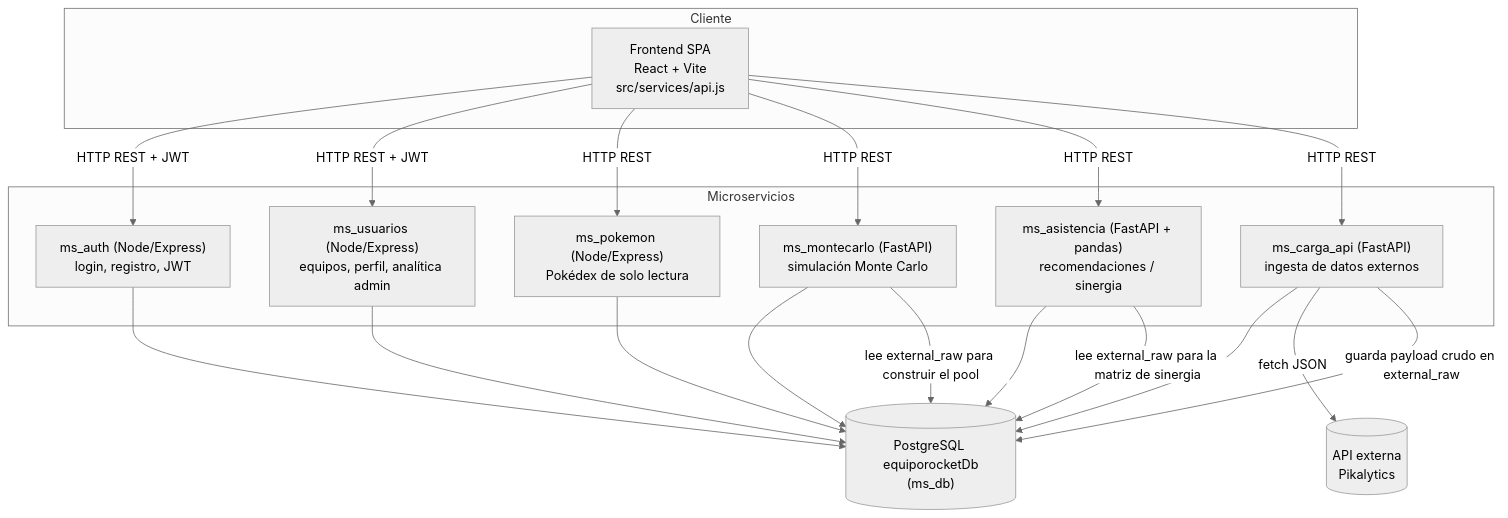
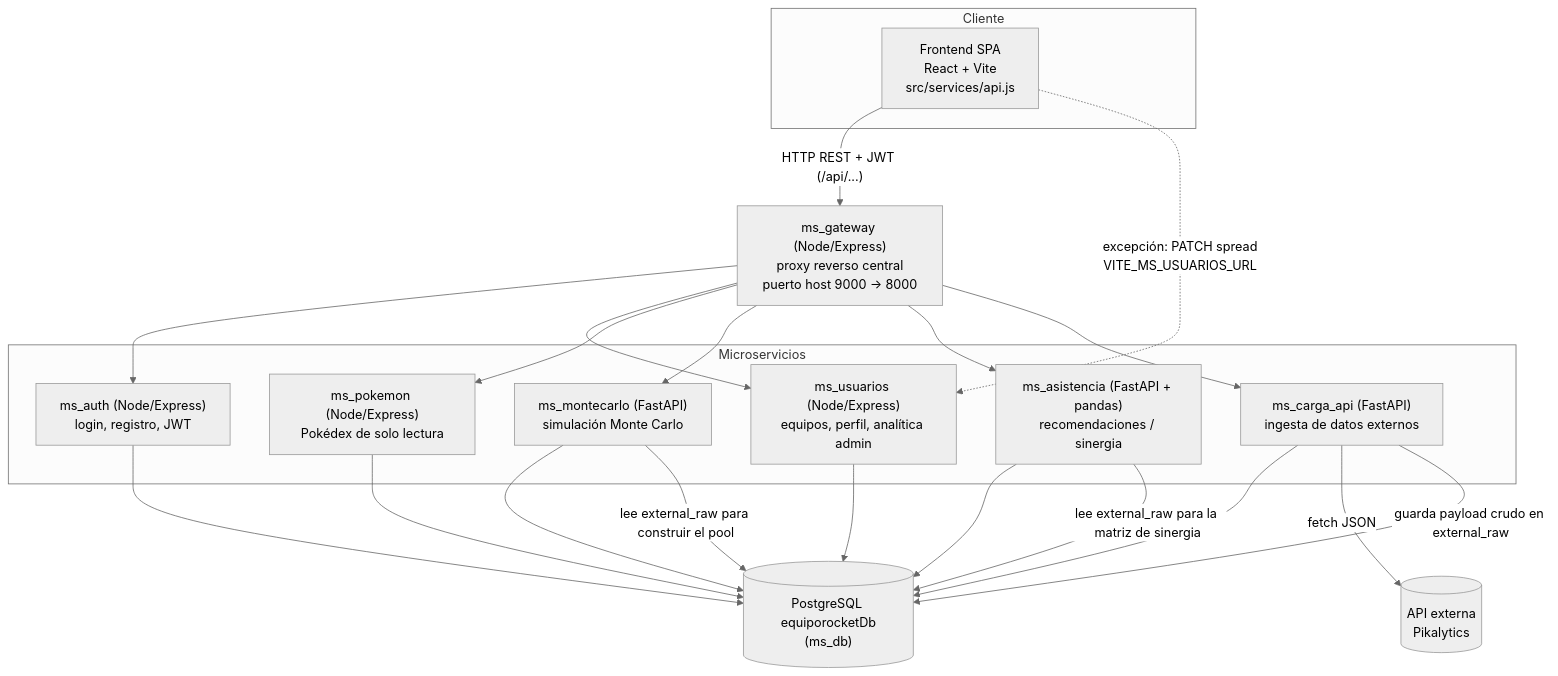
Before and after one commit to BenjaMorenoo/EquipoRocket.pk: the diagram in docs/ARQUITECTURA.md, drawn with Mermaid (neutral theme). The commit also changed other lines of this file and 1 other file, not shown here.

Commit message:
Corrige README y ARQUITECTURA.md para reflejar el flujo real via API Gateway
El frontend (src/services/api.js) enruta casi todas las llamadas a traves
de ms_gateway, no directamente a cada microservicio como decia la
documentacion anterior. Se actualizan el diagrama, los flujos principales
y la guia de ejecucion con Docker para incluir el paso de ms_gateway y la
configuracion correcta de VITE_API_URL en el frontend, dejando una
secuencia de arranque completa y verificada de extremo a extremo.

````diff
--- a/docs/ARQUITECTURA.md
+++ b/docs/ARQUITECTURA.md
@@ -10,37 +10,41 @@
 ```mermaid
 flowchart TB
     subgraph Cliente
         FE["Frontend SPA<br/>React + Vite<br/>src/services/api.js"]
     end
+
+    GW["ms_gateway (Node/Express)<br/>proxy reverso central<br/>puerto host 9000 → 8000"]
 
     subgraph Microservicios
         AUTH["ms_auth (Node/Express)<br/>login, registro, JWT"]
         USU["ms_usuarios (Node/Express)<br/>equipos, perfil, analítica admin"]
         POKE["ms_pokemon (Node/Express)<br/>Pokédex de solo lectura"]
         CARGA["ms_carga_api (FastAPI)<br/>ingesta de datos externos"]
         MC["ms_montecarlo (FastAPI)<br/>simulación Monte Carlo"]
         ASIS["ms_asistencia (FastAPI + pandas)<br/>recomendaciones / sinergia"]
     end
 
     DB[("PostgreSQL equiporocketDb<br/>(ms_db)")]
     EXT[("API externa<br/>Pikalytics")]
 
-    FE -->|"HTTP REST + JWT"| AUTH
-    FE -->|"HTTP REST + JWT"| USU
-    FE -->|"HTTP REST"| POKE
-    FE -->|"HTTP REST"| MC
-    FE -->|"HTTP REST"| ASIS
-    FE -->|"HTTP REST"| CARGA
+    FE -->|"HTTP REST + JWT (/api/...)"| GW
+    FE -.->|"excepción: PATCH spread<br/>VITE_MS_USUARIOS_URL"| USU
+    GW --> AUTH
+    GW --> USU
+    GW --> POKE
+    GW --> MC
+    GW --> ASIS
+    GW --> CARGA
 
     AUTH --> DB
     USU --> DB
     POKE --> DB
     CARGA --> DB
     MC --> DB
     ASIS --> DB
 
     CARGA -->|"fetch JSON"| EXT
     CARGA -->|"guarda payload crudo en external_raw"| DB
     MC -->|"lee external_raw para construir el pool"| DB
     ASIS -->|"lee external_raw para la matriz de sinergia"| DB
 ```
````
